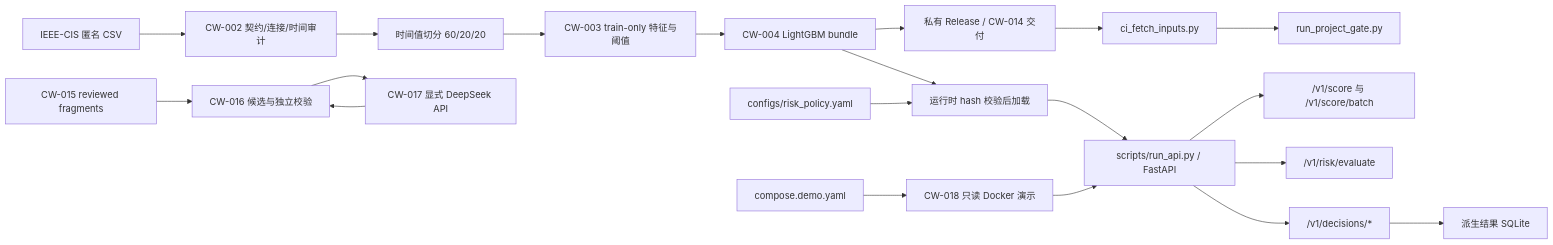
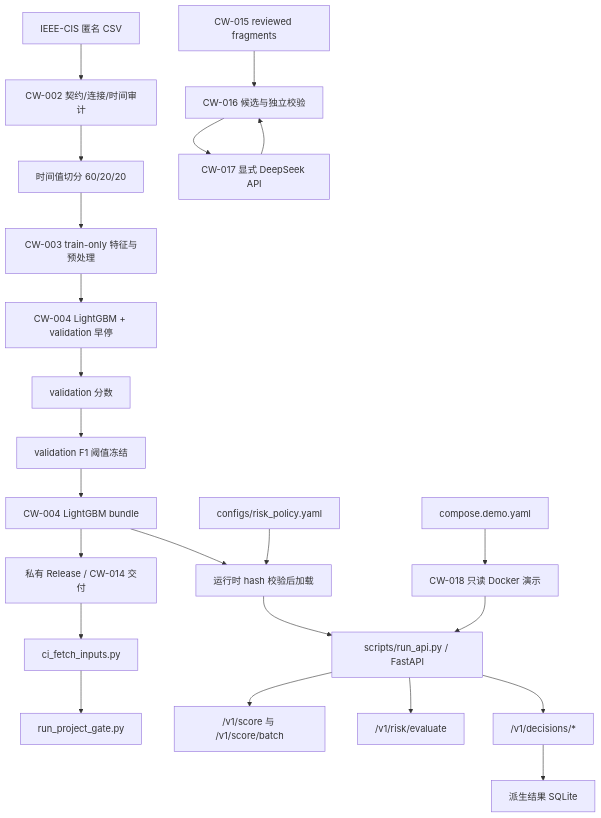
The first of 4 diagrams in docs/architecture.md (cycy12335/A_Detector), drawn with Mermaid before and after one commit. The commit also changed other lines of this file and 2 other files, not shown here.

Commit message:
fix: clarify CW-019 architecture evidence

````diff
--- a/docs/architecture.md
+++ b/docs/architecture.md
@@ -26,22 +26,25 @@
 ```mermaid
-flowchart LR
+flowchart TD
   raw[IEEE-CIS 匿名 CSV] --> audit[CW-002 契约/连接/时间审计]
   audit --> split[时间值切分 60/20/20]
-  split --> train[CW-003 train-only 特征与阈值]
-  train --> bundle[CW-004 LightGBM bundle]
+  split --> train[CW-003 train-only 特征与预处理]
+  train --> model_train[CW-004 LightGBM + validation 早停]
+  model_train --> validation_scores[validation 分数]
+  validation_scores --> threshold[validation F1 阈值冻结]
+  threshold --> bundle[CW-004 LightGBM bundle]
   bundle --> release[私有 Release / CW-014 交付]
   release --> fetch[ci_fetch_inputs.py]
   fetch --> gate[run_project_gate.py]
   bundle --> runtime[运行时 hash 校验后加载]
   policy[configs/risk_policy.yaml] --> runtime
   runtime --> api[scripts/run_api.py / FastAPI]
   api --> score["/v1/score 与 /v1/score/batch"]
   api --> risk["/v1/risk/evaluate"]
   api --> decision["/v1/decisions/*"]
   decision --> sqlite[派生结果 SQLite]
   sources[CW-015 reviewed fragments] --> draft[CW-016 候选与独立校验]
   draft --> optional[CW-017 显式 DeepSeek API]
   optional --> draft
   compose[compose.demo.yaml] --> demo[CW-018 只读 Docker 演示]
   demo --> api
 ```
````
